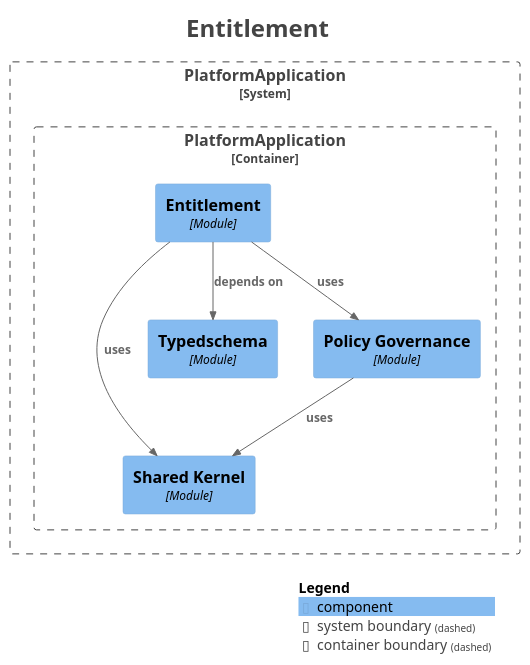
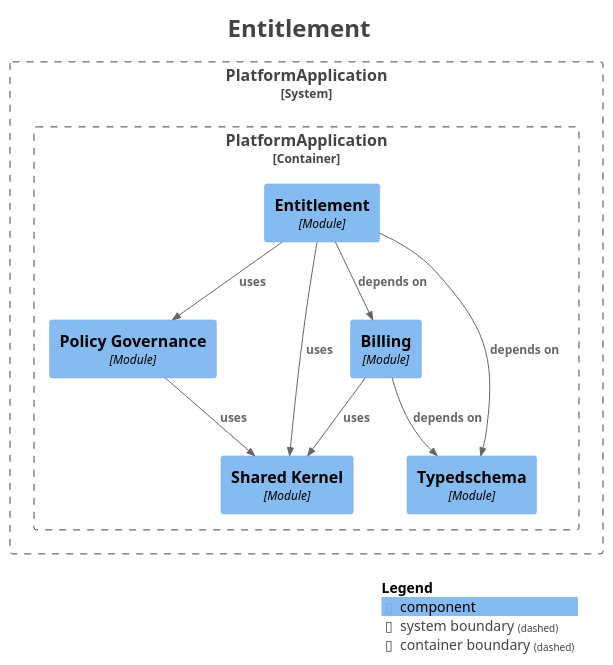
The diagram in platform-app/docs/architecture/maps/generated/modulith/module-entitlement.puml (shangxq007/media-platform), drawn with PlantUML before and after one commit. The commit also changed 43 other files, not shown here.

```diff
--- a/platform-app/docs/architecture/maps/generated/modulith/module-entitlement.puml
+++ b/platform-app/docs/architecture/maps/generated/modulith/module-entitlement.puml
@@ -1,35 +1,39 @@
 @startuml
 title <size:24>Entitlement</size>
 
 set separator none
 top to bottom direction
 
 <style>
   root {
     BackgroundColor: #ffffff
     FontColor: #444444
   }
 </style>
 
 !include <C4/C4>
 !include <C4/C4_Context>
 !include <C4/C4_Component>
 
 System_Boundary("PlatformApplication_boundary", "PlatformApplication", $tags="") {
   Container_Boundary("PlatformApplication.PlatformApplication_boundary", "PlatformApplication", $tags="") {
+    Component(PlatformApplication.PlatformApplication.Entitlement, "Entitlement", $techn="Module", $descr="", $tags="", $link="")
+    Component(PlatformApplication.PlatformApplication.PolicyGovernance, "Policy Governance", $techn="Module", $descr="", $tags="", $link="")
     Component(PlatformApplication.PlatformApplication.SharedKernel, "Shared Kernel", $techn="Module", $descr="", $tags="", $link="")
     Component(PlatformApplication.PlatformApplication.Typedschema, "Typedschema", $techn="Module", $descr="", $tags="", $link="")
-    Component(PlatformApplication.PlatformApplication.PolicyGovernance, "Policy Governance", $techn="Module", $descr="", $tags="", $link="")
-    Component(PlatformApplication.PlatformApplication.Entitlement, "Entitlement", $techn="Module", $descr="", $tags="", $link="")
+    Component(PlatformApplication.PlatformApplication.Billing, "Billing", $techn="Module", $descr="", $tags="", $link="")
   }
 
 }
 
+Rel(PlatformApplication.PlatformApplication.Billing, PlatformApplication.PlatformApplication.Typedschema, "depends on", $techn="", $tags="", $link="")
+Rel(PlatformApplication.PlatformApplication.Billing, PlatformApplication.PlatformApplication.SharedKernel, "uses", $techn="", $tags="", $link="")
 Rel(PlatformApplication.PlatformApplication.PolicyGovernance, PlatformApplication.PlatformApplication.SharedKernel, "uses", $techn="", $tags="", $link="")
+Rel(PlatformApplication.PlatformApplication.Entitlement, PlatformApplication.PlatformApplication.Billing, "depends on", $techn="", $tags="", $link="")
 Rel(PlatformApplication.PlatformApplication.Entitlement, PlatformApplication.PlatformApplication.Typedschema, "depends on", $techn="", $tags="", $link="")
 Rel(PlatformApplication.PlatformApplication.Entitlement, PlatformApplication.PlatformApplication.PolicyGovernance, "uses", $techn="", $tags="", $link="")
 Rel(PlatformApplication.PlatformApplication.Entitlement, PlatformApplication.PlatformApplication.SharedKernel, "uses", $techn="", $tags="", $link="")
 
 SHOW_LEGEND(true)
 hide stereotypes
 @enduml
```
